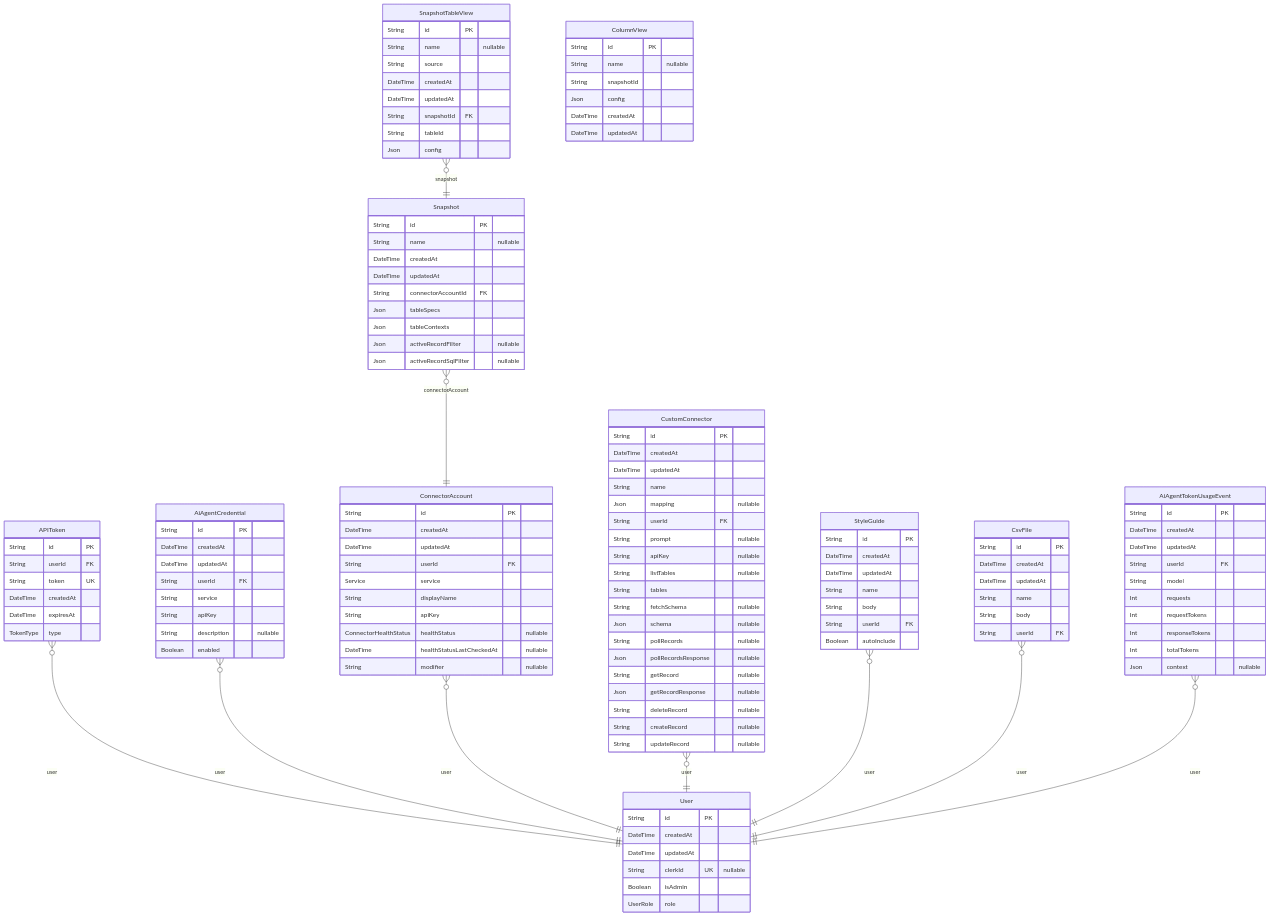
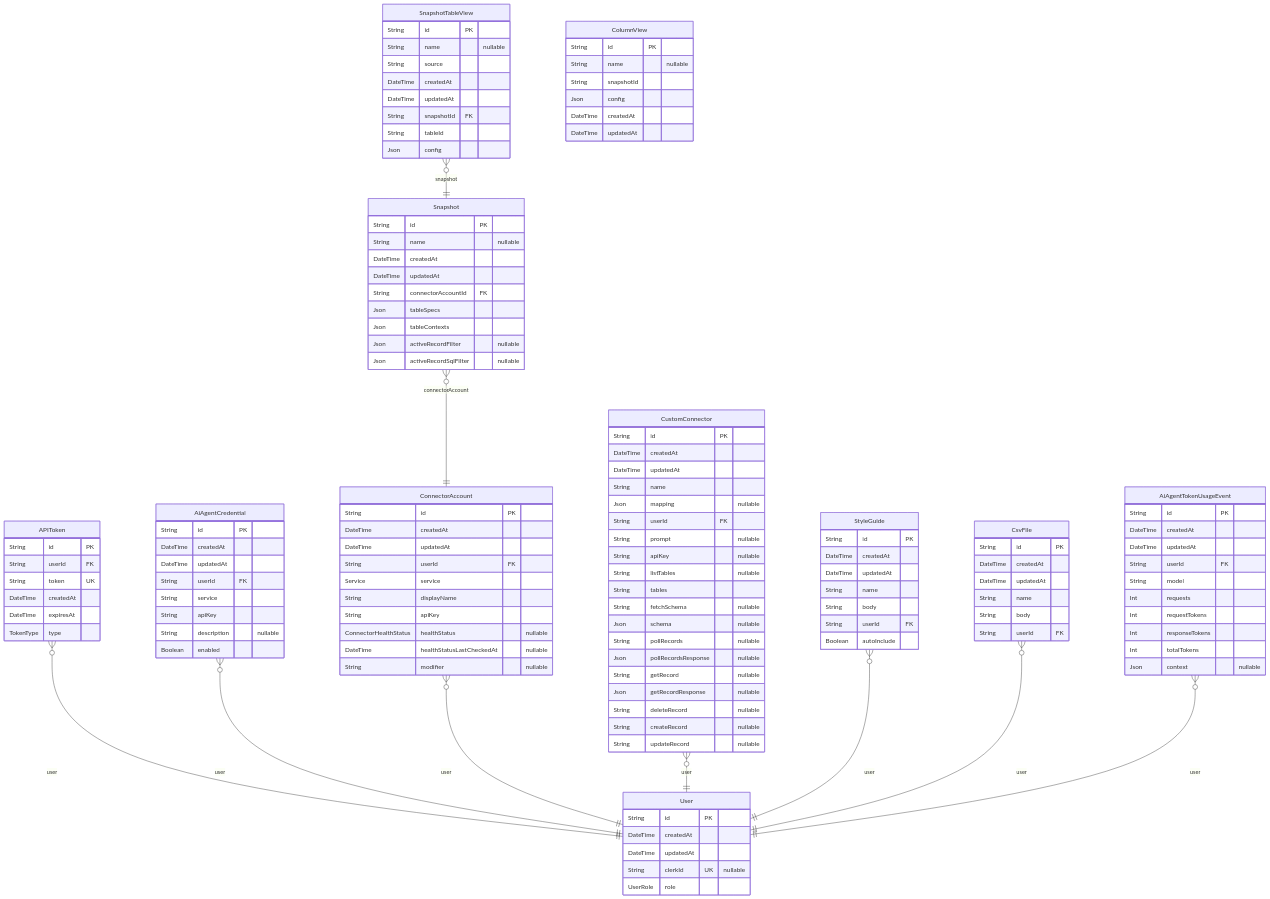
The diagram in server/prisma/ERD.md (whalesync/scratch-cli), drawn with Mermaid before and after one commit. The commit also changed other lines of this file and 24 other files, not shown here.

```diff
--- a/server/prisma/ERD.md
+++ b/server/prisma/ERD.md
@@ -13,7 +13,6 @@
   DateTime createdAt
   DateTime updatedAt
   String clerkId UK "nullable"
-  Boolean isAdmin
   UserRole role
 }
 "APIToken" {
```
